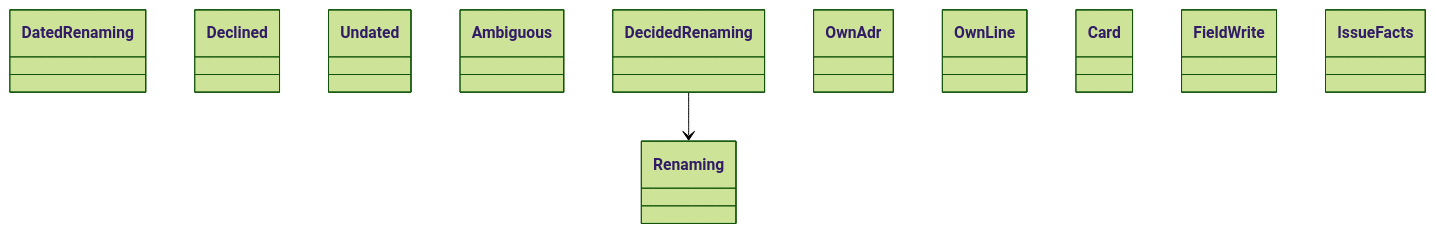
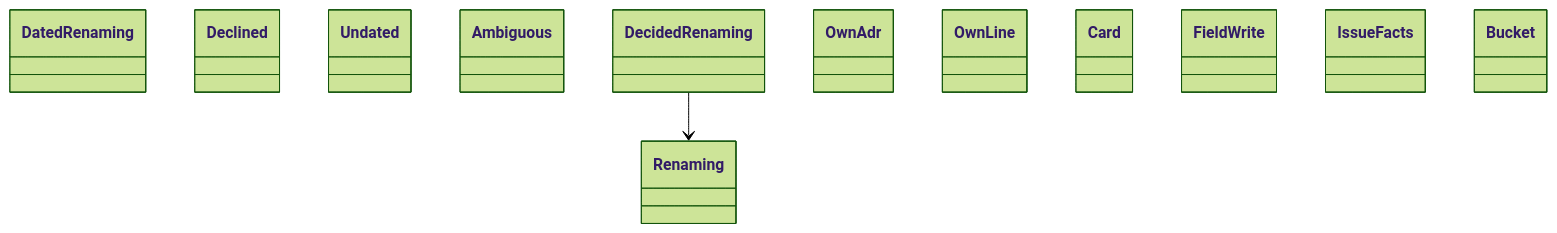
One commit to GonzaloZevallos/agentic-system changed the diagram in docs/architecture/generated/classes-process-domain-landing-1.md. Above: the diagram before and after it, drawn with Mermaid (forest theme). The commit also changed 8 other files, not shown here.

````diff
--- a/docs/architecture/generated/classes-process-domain-landing-1.md
+++ b/docs/architecture/generated/classes-process-domain-landing-1.md
@@ -30,15 +30,16 @@
 ```mermaid
 classDiagram
     class adr_dated__DatedRenaming["DatedRenaming"]
     class adr_dated__Declined["Declined"]
     class adr_dated__Undated["Undated"]
     class adr_numbers__Ambiguous["Ambiguous"]
     class adr_numbers__DecidedRenaming["DecidedRenaming"]
     class adr_numbers__OwnAdr["OwnAdr"]
     class adr_numbers__OwnLine["OwnLine"]
     class adr_numbers__Renaming["Renaming"]
     class board__Card["Card"]
     class board__FieldWrite["FieldWrite"]
     class board__IssueFacts["IssueFacts"]
+    class cost_history__Bucket["Bucket"]
     adr_numbers__DecidedRenaming --> adr_numbers__Renaming
 ```
````
